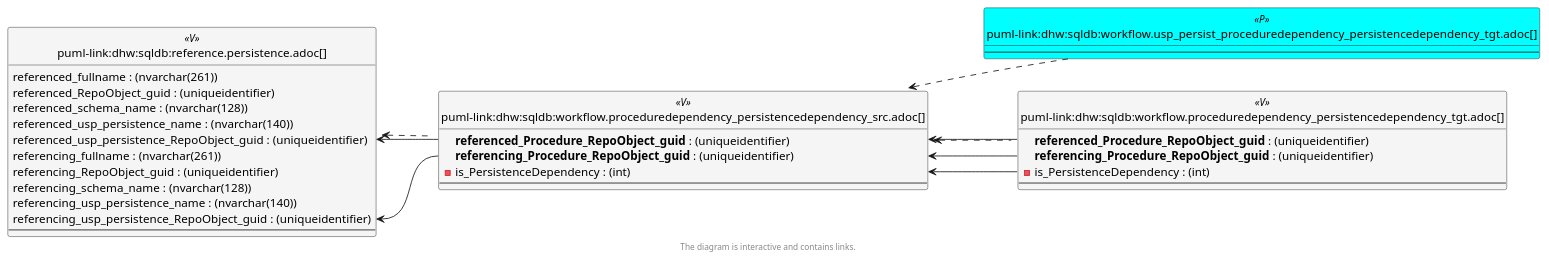
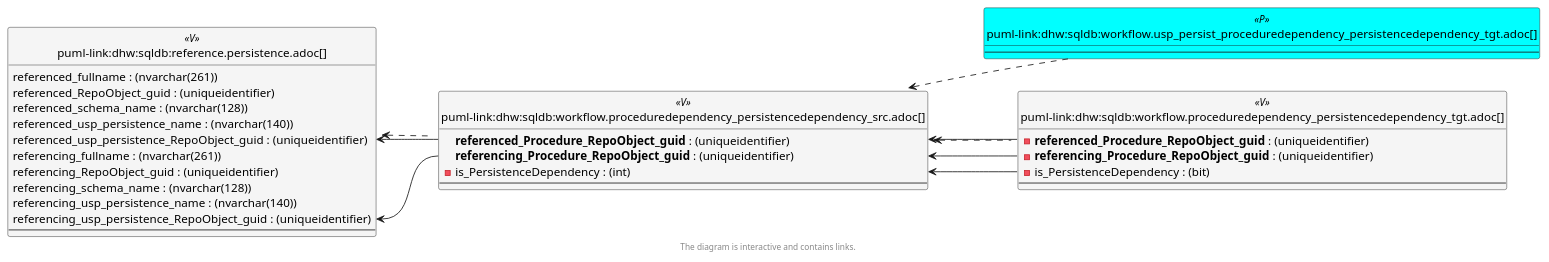
One commit to DataHandwerk/dhw-antora-sqldb changed the sixth of 6 diagrams in docs/modules/sqldb/partials/content/workflow.proceduredependency_persistencedependency_src.adoc. Above: the diagram before and after it, drawn with PlantUML. The commit also changed other lines of this file and 641 other files, not shown here.

```diff
--- a/docs/modules/sqldb/partials/content/workflow.proceduredependency_persistencedependency_src.adoc
+++ b/docs/modules/sqldb/partials/content/workflow.proceduredependency_persistencedependency_src.adoc
@@ -1623,75 +1623,75 @@
 [plantuml, entity_1_1_colref-{docname}, svg, subs=macros]
 ....
 @startuml
 left to right direction
 'top to bottom direction
 hide circle
 'avoide "." issues:
 set namespaceSeparator none
 
 
 skinparam class {
   BackgroundColor White
   BackgroundColor<<FN>> Yellow
   BackgroundColor<<FS>> Yellow
   BackgroundColor<<FT>> LightGray
   BackgroundColor<<IF>> Yellow
   BackgroundColor<<IS>> Yellow
   BackgroundColor<<P>>  Aqua
   BackgroundColor<<PC>> Aqua
   BackgroundColor<<SN>> Yellow
   BackgroundColor<<SO>> SlateBlue
   BackgroundColor<<TF>> LightGray
   BackgroundColor<<TR>> Tomato
   BackgroundColor<<U>>  White
   BackgroundColor<<V>>  WhiteSmoke
   BackgroundColor<<X>>  Aqua
   BackgroundColor<<external>> AliceBlue
 }
 
 
 entity "puml-link:dhw:sqldb:reference.persistence.adoc[]" as reference.Persistence << V >> {
   referenced_fullname : (nvarchar(261))
   referenced_RepoObject_guid : (uniqueidentifier)
   referenced_schema_name : (nvarchar(128))
   referenced_usp_persistence_name : (nvarchar(140))
   referenced_usp_persistence_RepoObject_guid : (uniqueidentifier)
   referencing_fullname : (nvarchar(261))
   referencing_RepoObject_guid : (uniqueidentifier)
   referencing_schema_name : (nvarchar(128))
   referencing_usp_persistence_name : (nvarchar(140))
   referencing_usp_persistence_RepoObject_guid : (uniqueidentifier)
   --
 }
 
 entity "puml-link:dhw:sqldb:workflow.proceduredependency_persistencedependency_src.adoc[]" as workflow.ProcedureDependency_PersistenceDependency_src << V >> {
   **referenced_Procedure_RepoObject_guid** : (uniqueidentifier)
   **referencing_Procedure_RepoObject_guid** : (uniqueidentifier)
   - is_PersistenceDependency : (int)
   --
 }
 
 entity "puml-link:dhw:sqldb:workflow.proceduredependency_persistencedependency_tgt.adoc[]" as workflow.ProcedureDependency_PersistenceDependency_tgt << V >> {
-  **referenced_Procedure_RepoObject_guid** : (uniqueidentifier)
-  **referencing_Procedure_RepoObject_guid** : (uniqueidentifier)
-  - is_PersistenceDependency : (int)
+  - **referenced_Procedure_RepoObject_guid** : (uniqueidentifier)
+  - **referencing_Procedure_RepoObject_guid** : (uniqueidentifier)
+  - is_PersistenceDependency : (bit)
   --
 }
 
 entity "puml-link:dhw:sqldb:workflow.usp_persist_proceduredependency_persistencedependency_tgt.adoc[]" as workflow.usp_PERSIST_ProcedureDependency_PersistenceDependency_tgt << P >> {
   --
 }
 
 reference.Persistence <.. workflow.ProcedureDependency_PersistenceDependency_src
 workflow.ProcedureDependency_PersistenceDependency_src <.. workflow.ProcedureDependency_PersistenceDependency_tgt
 workflow.ProcedureDependency_PersistenceDependency_src <.. workflow.usp_PERSIST_ProcedureDependency_PersistenceDependency_tgt
 "reference.Persistence::referenced_usp_persistence_RepoObject_guid" <-- "workflow.ProcedureDependency_PersistenceDependency_src::referenced_Procedure_RepoObject_guid"
 "reference.Persistence::referencing_usp_persistence_RepoObject_guid" <-- "workflow.ProcedureDependency_PersistenceDependency_src::referencing_Procedure_RepoObject_guid"
 "workflow.ProcedureDependency_PersistenceDependency_src::is_PersistenceDependency" <-- "workflow.ProcedureDependency_PersistenceDependency_tgt::is_PersistenceDependency"
 "workflow.ProcedureDependency_PersistenceDependency_src::referenced_Procedure_RepoObject_guid" <-- "workflow.ProcedureDependency_PersistenceDependency_tgt::referenced_Procedure_RepoObject_guid"
 "workflow.ProcedureDependency_PersistenceDependency_src::referencing_Procedure_RepoObject_guid" <-- "workflow.ProcedureDependency_PersistenceDependency_tgt::referencing_Procedure_RepoObject_guid"
 
 footer The diagram is interactive and contains links.
 
 @enduml
 ....
```
